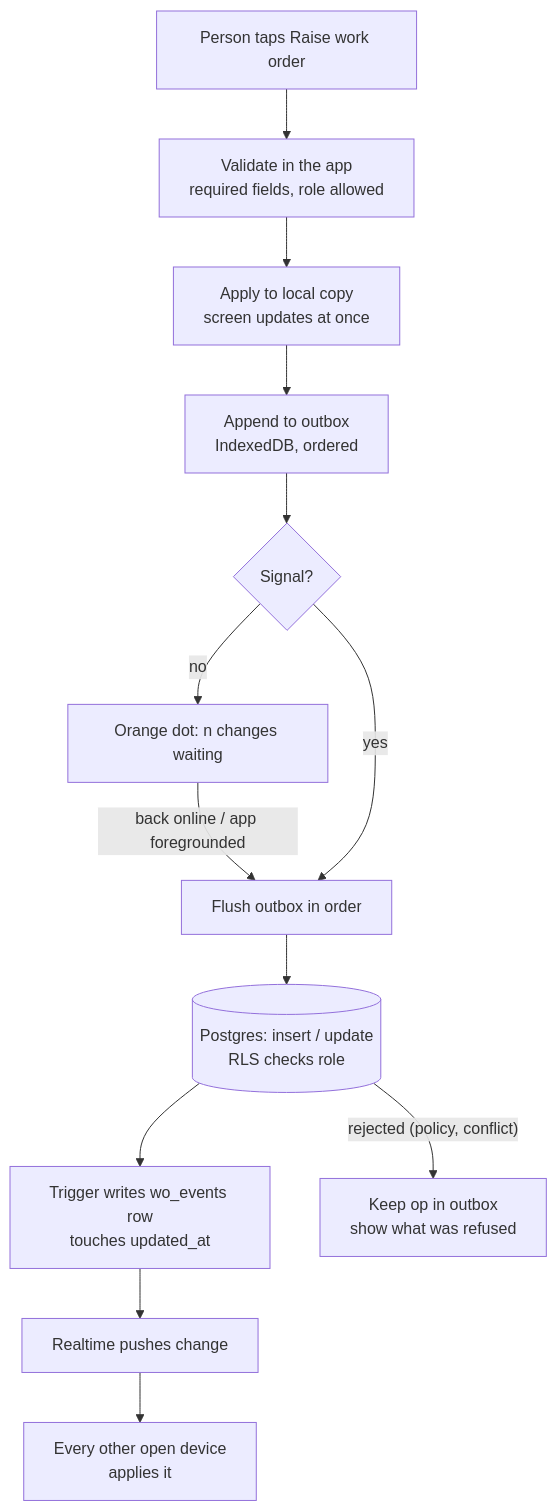
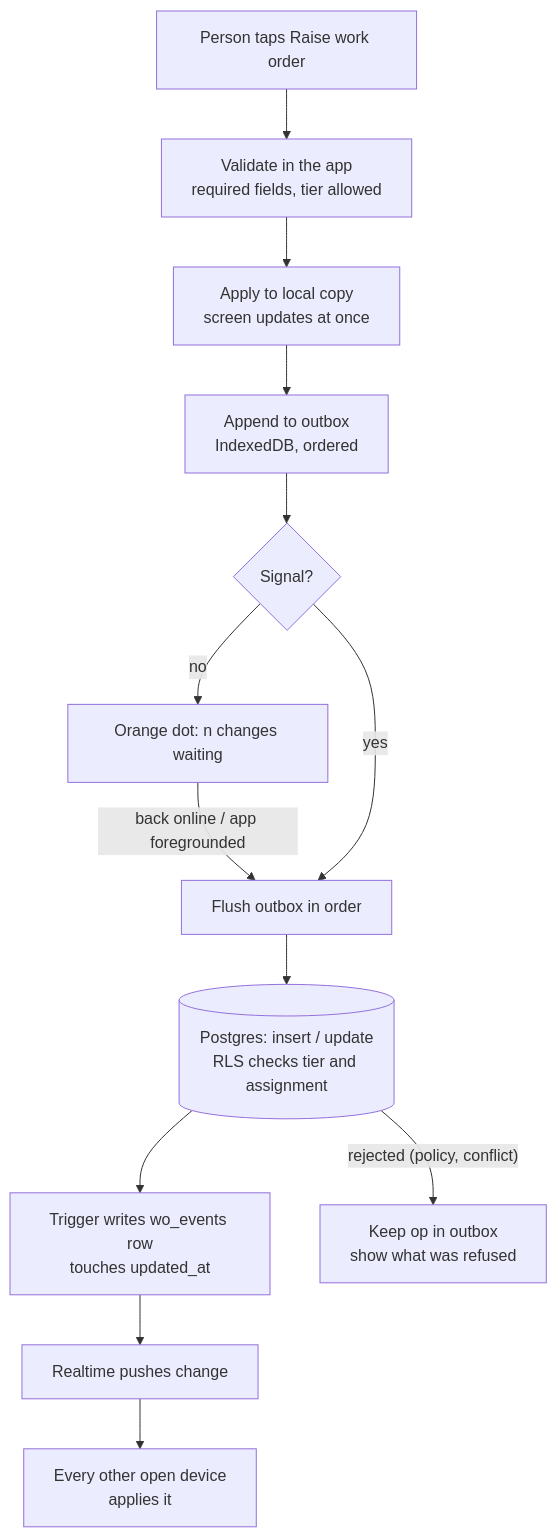
The fifth of 10 diagrams in workshop-v2/docs/01-flow-and-architecture.md (shyamal22/rck-workshop), drawn with Mermaid before and after one commit. The commit also changed other lines of this file, not shown here.

First line of the commit message:
Workshop v2: add the tiers, assignment and subcontractor logins

````diff
--- a/workshop-v2/docs/01-flow-and-architecture.md
+++ b/workshop-v2/docs/01-flow-and-architecture.md
@@ -274,15 +361,15 @@
 ```mermaid
 flowchart TD
-  act[Person taps Raise work order] --> validate[Validate in the app<br/>required fields, role allowed]
+  act[Person taps Raise work order] --> validate[Validate in the app<br/>required fields, tier allowed]
   validate --> local[Apply to local copy<br/>screen updates at once]
   local --> outbox[Append to outbox<br/>IndexedDB, ordered]
   outbox --> online{Signal?}
   online -- no --> wait[Orange dot: n changes waiting]
   wait -- "back online / app foregrounded" --> flush
   online -- yes --> flush[Flush outbox in order]
-  flush --> db[(Postgres: insert / update<br/>RLS checks role)]
+  flush --> db[(Postgres: insert / update<br/>RLS checks tier and assignment)]
   db --> trig[Trigger writes wo_events row<br/>touches updated_at]
   trig --> rt[Realtime pushes change]
   rt --> others[Every other open device<br/>applies it]
   db -- "rejected (policy, conflict)" --> fail[Keep op in outbox<br/>show what was refused]
 ```
````
